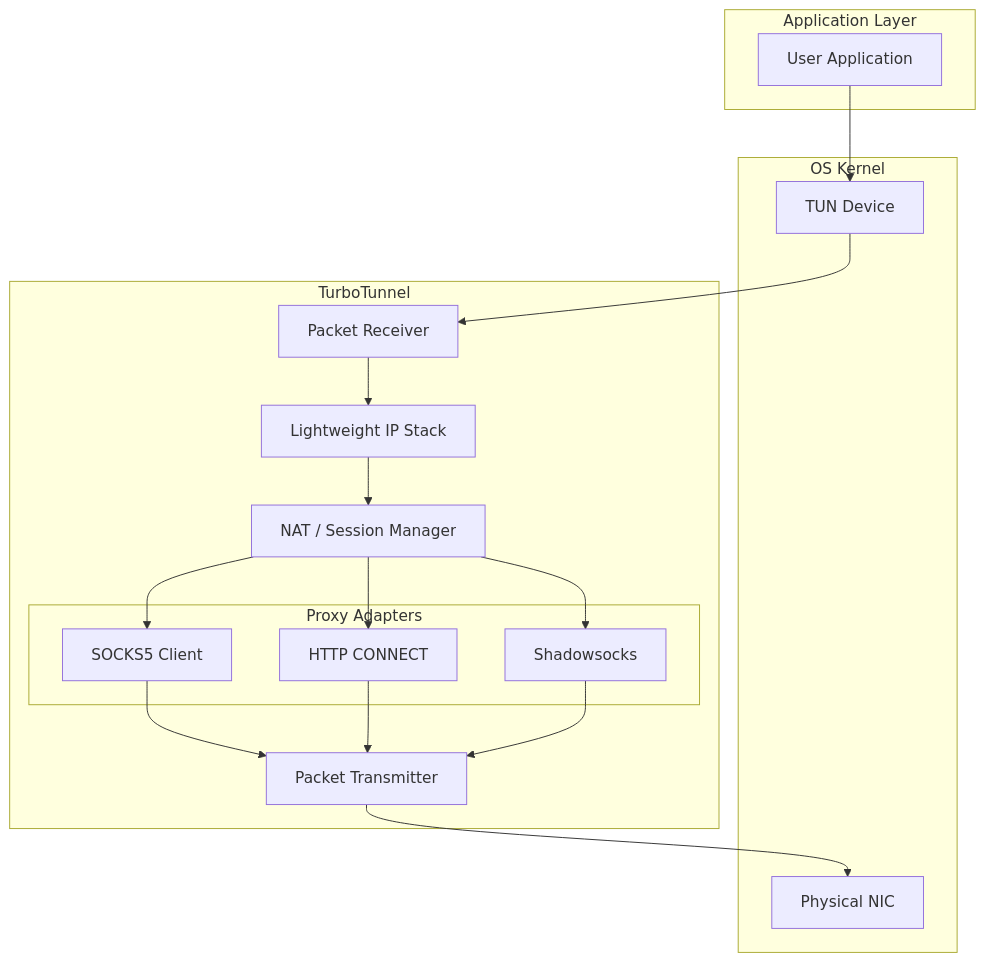
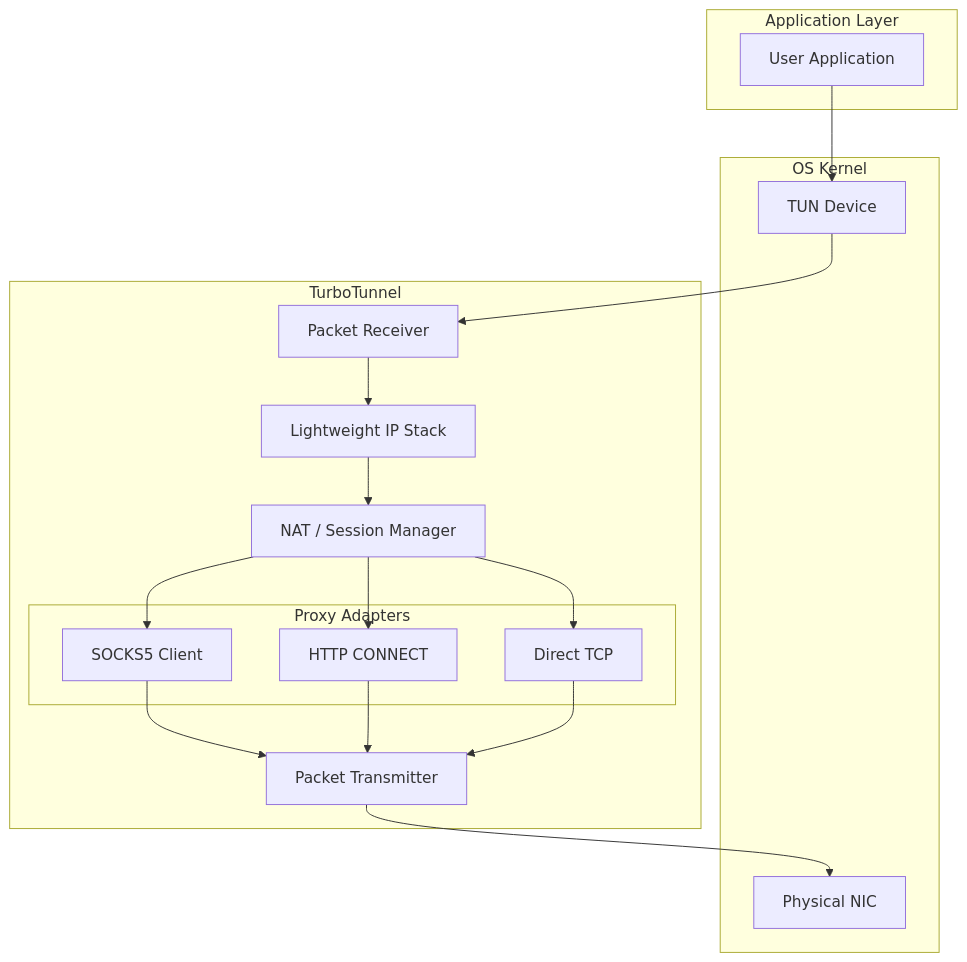
One commit to qigao/turboP2P changed the diagram in tunnel/TUNNEL_DESIGN.md. Above: the diagram before and after it, drawn with Mermaid. The commit also changed other lines of this file and 1765 other files, not shown here.

````diff
--- a/tunnel/TUNNEL_DESIGN.md
+++ b/tunnel/TUNNEL_DESIGN.md
@@ -28,39 +42,39 @@
 ```mermaid
 graph TD
     subgraph "OS Kernel"
         NIC[Physical NIC]
         TUN[TUN Device]
     end
 
     subgraph "Application Layer"
         UserApp[User Application] --> TUN
     end
 
     subgraph "TurboTunnel"
         PacketRX[Packet Receiver]
         IPStack[Lightweight IP Stack]
         NAT[NAT / Session Manager]
         
         subgraph "Proxy Adapters"
             SOCKS5[SOCKS5 Client]
             HTTP[HTTP CONNECT]
-            SS[Shadowsocks]
+            Direct[Direct TCP]
         end
         
         PacketTX[Packet Transmitter]
     end
 
     TUN --> PacketRX
     PacketRX --> IPStack
     IPStack --> NAT
     
     NAT --> SOCKS5
     NAT --> HTTP
-    NAT --> SS
+    NAT --> Direct
     
     SOCKS5 --> PacketTX
     HTTP --> PacketTX
-    SS --> PacketTX
+    Direct --> PacketTX
     
     PacketTX --> NIC
 ```
````
